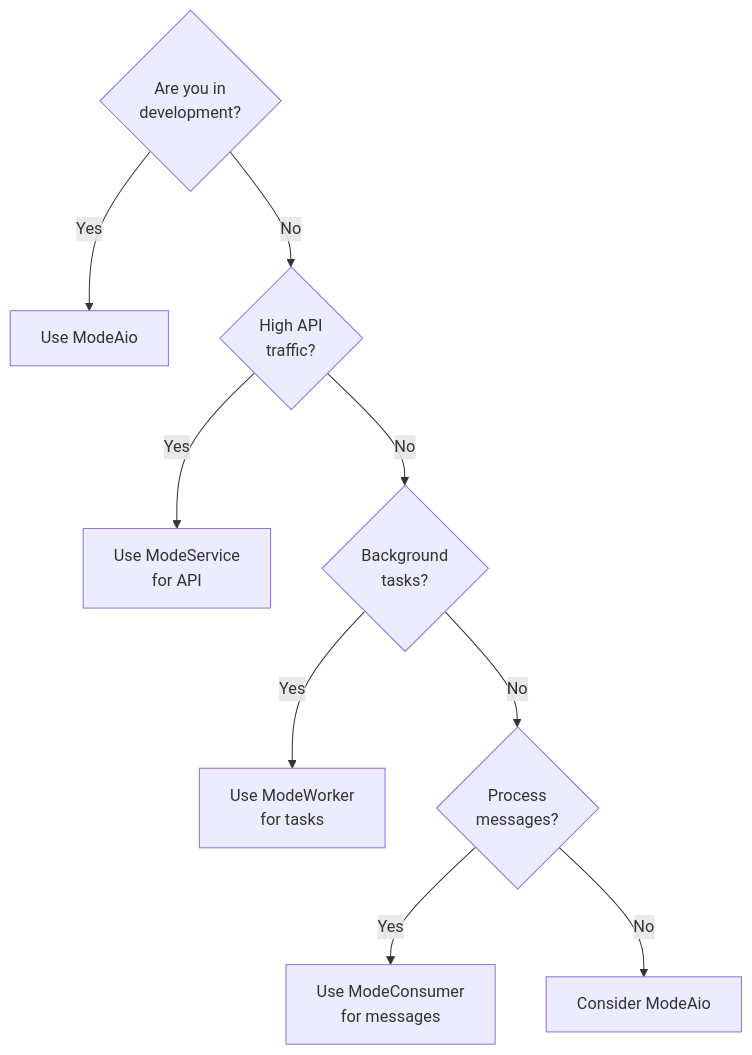
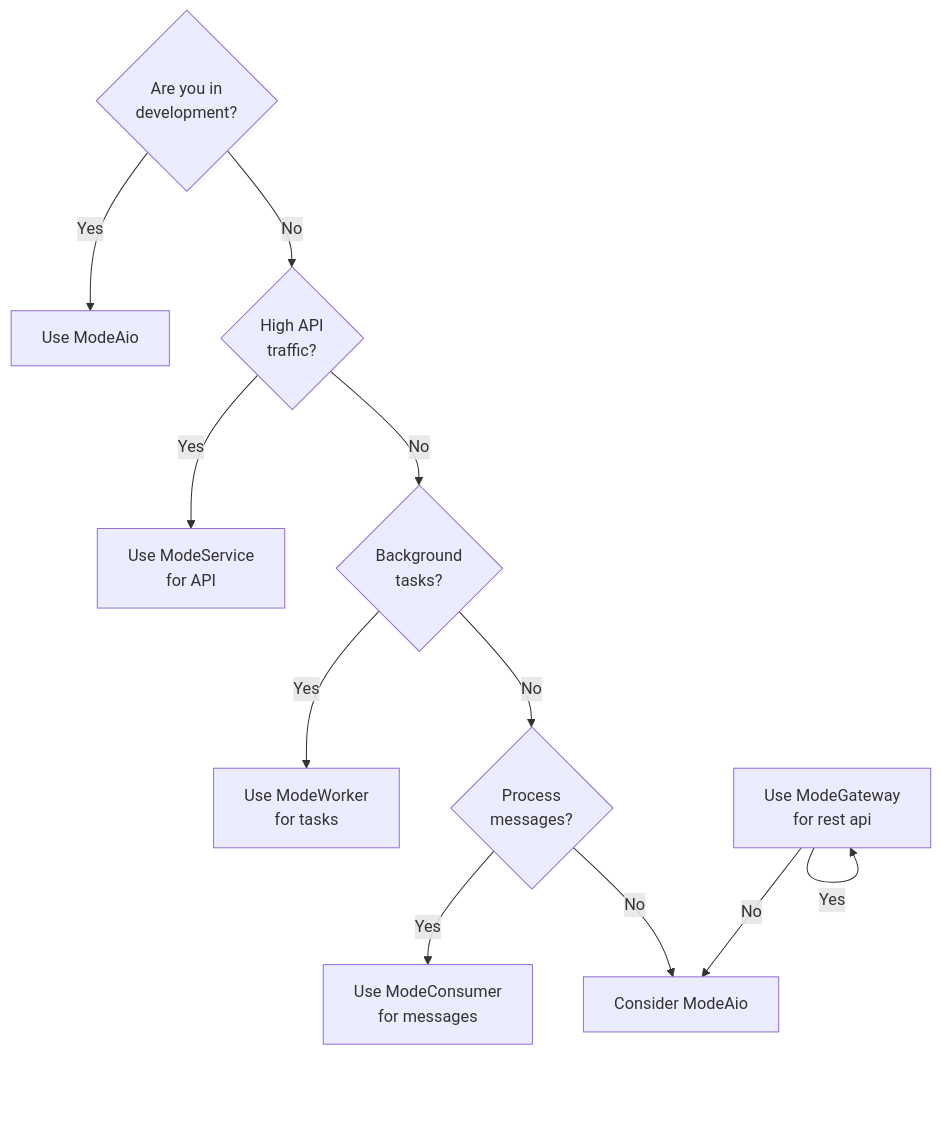
Before and after one commit to tonica-go/tonica: the fifth of 5 diagrams in docs/run-modes.md, drawn with Mermaid. The commit also changed other lines of this file and 9 other files, not shown here.

````diff
--- a/docs/run-modes.md
+++ b/docs/run-modes.md
@@ -344,15 +438,18 @@
 ```mermaid
 graph TD
     START{Are you in<br/>development?}
     START -->|Yes| AIO1[Use ModeAio]
     START -->|No| TRAFFIC{High API<br/>traffic?}
 
     TRAFFIC -->|Yes| SERVICE[Use ModeService<br/>for API]
     TRAFFIC -->|No| TASKS{Background<br/>tasks?}
 
     TASKS -->|Yes| WORKER[Use ModeWorker<br/>for tasks]
     TASKS -->|No| MESSAGES{Process<br/>messages?}
 
     MESSAGES -->|Yes| CONSUMER[Use ModeConsumer<br/>for messages]
     MESSAGES -->|No| AIO2[Consider ModeAio]
+
+    GATEWAY -->|Yes| GATEWAY[Use ModeGateway<br/>for rest api]
+    GATEWAY -->|No| AIO2[Consider ModeAio]
 ```
````
